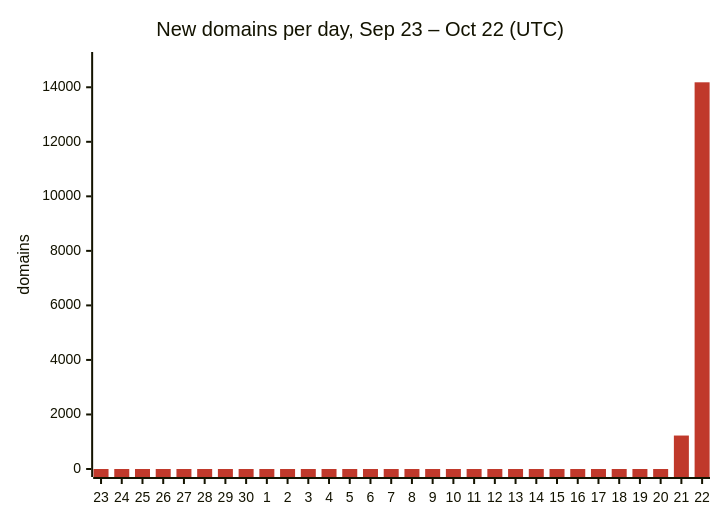
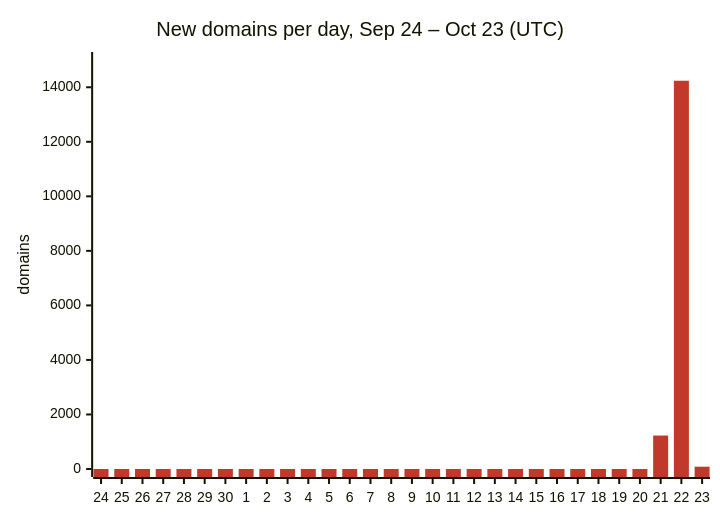
The first of 3 diagrams in README.md (DNSBunker/CTI), drawn with Mermaid before and after one commit. The commit also changed other lines of this file and 3 other files, not shown here.

First line of the commit message:
Update 2026-10-23 00:05 UTC: 589984 domains

````diff
--- a/README.md
+++ b/README.md
@@ -29,8 +29,8 @@
 ```mermaid
 %%{init: {"themeVariables": {"xyChart": {"plotColorPalette": "#c0392b"}}}}%%
 xychart-beta
-    title "New domains per day, Sep 23 – Oct 22 (UTC)"
-    x-axis ["23", "24", "25", "26", "27", "28", "29", "30", "1", "2", "3", "4", "5", "6", "7", "8", "9", "10", "11", "12", "13", "14", "15", "16", "17", "18", "19", "20", "21", "22"]
+    title "New domains per day, Sep 24 – Oct 23 (UTC)"
+    x-axis ["24", "25", "26", "27", "28", "29", "30", "1", "2", "3", "4", "5", "6", "7", "8", "9", "10", "11", "12", "13", "14", "15", "16", "17", "18", "19", "20", "21", "22", "23"]
     y-axis "domains" 0 --> 15000
-    bar [0, 0, 0, 0, 0, 0, 0, 0, 0, 0, 0, 0, 0, 0, 0, 0, 0, 0, 0, 0, 0, 0, 0, 0, 0, 0, 0, 0, 1227, 14182]
+    bar [0, 0, 0, 0, 0, 0, 0, 0, 0, 0, 0, 0, 0, 0, 0, 0, 0, 0, 0, 0, 0, 0, 0, 0, 0, 0, 0, 1227, 14240, 84]
 ```
````
